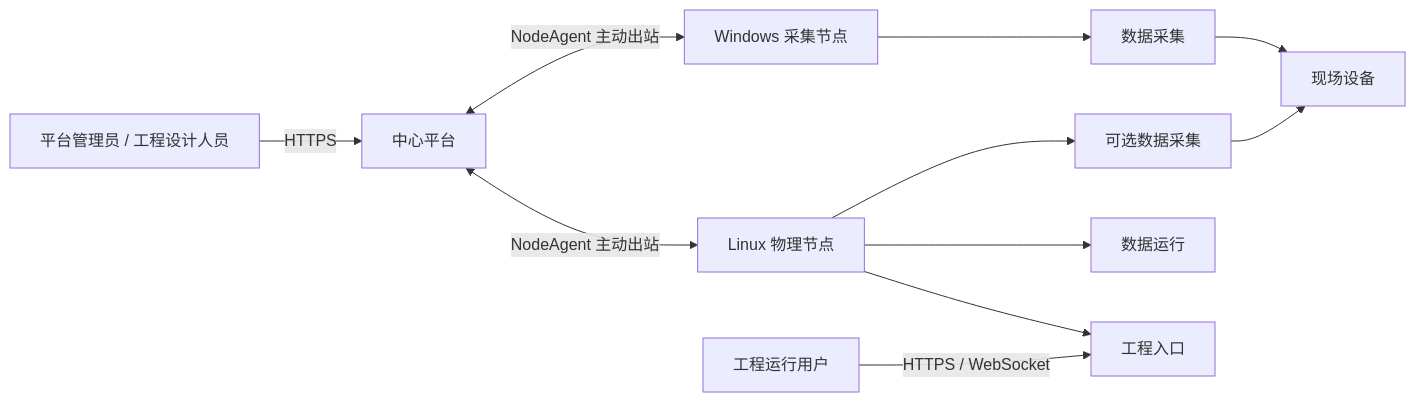
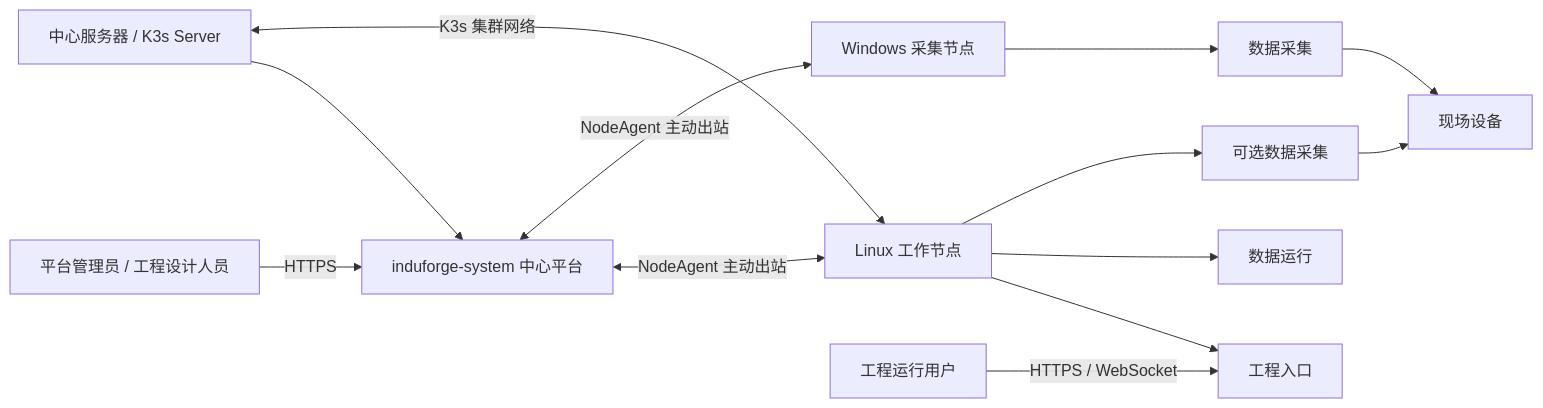
Before and after one commit to hsworld-top/InduForge: the diagram in docs/02-系统设计/平台部署拓扑架构.md, drawn with Mermaid. The commit also changed other lines of this file and 2 other files, not shown here.

Commit message:
docs(center): 更新正式中心部署拓扑与验收

````diff
--- a/docs/02-系统设计/平台部署拓扑架构.md
+++ b/docs/02-系统设计/平台部署拓扑架构.md
@@ -10,13 +10,15 @@
 ```mermaid
 graph LR
     Admin["平台管理员 / 工程设计人员"] -->|"HTTPS"| Center["中心平台"]
-    Center <-->|"NodeAgent 主动出站"| Linux["Linux 物理节点"]
+    CenterK3s["中心服务器 / K3s Server"] --> Center["induforge-system 中心平台"]
+    CenterK3s <-->|"K3s 集群网络"| Linux["Linux 工作节点"]
+    Center <-->|"NodeAgent 主动出站"| Linux
     Center <-->|"NodeAgent 主动出站"| Windows["Windows 采集节点"]
     Linux --> Entry["工程入口"]
     Linux --> Runtime["数据运行"]
     Linux --> Collector["可选数据采集"]
     Windows --> WinCollector["数据采集"]
     Operator["工程运行用户"] -->|"HTTPS / WebSocket"| Entry
     Collector --> Device["现场设备"]
     WinCollector --> Device
 ```
````
